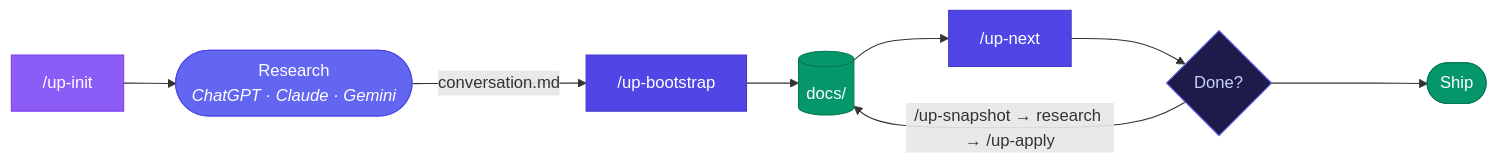
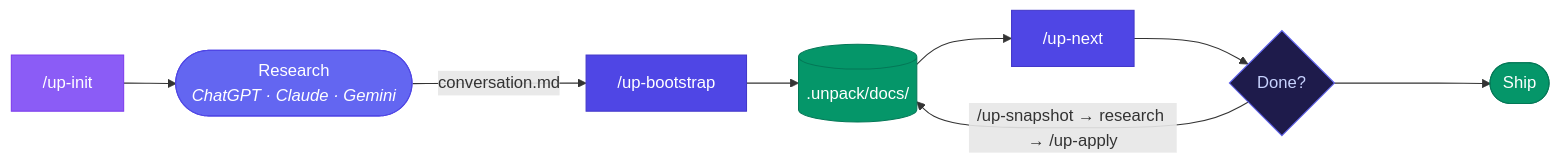
The diagram in README.md (apresmoi/unpack), drawn with Mermaid before and after one commit. The commit also changed other lines of this file and 69 other files, not shown here.

````diff
--- a/README.md
+++ b/README.md
@@ -38,22 +38,22 @@
 ```mermaid
 flowchart LR
     I["/up-init"]
     R(["Research<br/><i>ChatGPT · Claude · Gemini</i>"])
     B["/up-bootstrap"]
-    D[("docs/")]
+    D[(".unpack/docs/")]
     N["/up-next"]
     Q{"Done?"}
     SHIP(["Ship"])
 
     I --> R -- "conversation.md" --> B --> D --> N --> Q
     Q -- "/up-snapshot → research → /up-apply" --> D
     Q ----> SHIP
 
     style I fill:#8b5cf6,stroke:#7c3aed,color:#fff
     style R fill:#6366f1,stroke:#4f46e5,color:#fff
     style B fill:#4f46e5,stroke:#4338ca,color:#fff
     style D fill:#059669,stroke:#047857,color:#fff
     style N fill:#4f46e5,stroke:#4338ca,color:#fff
     style Q fill:#1e1b4b,stroke:#6366f1,color:#c7d2fe
     style SHIP fill:#059669,stroke:#047857,color:#fff
 ```
````
